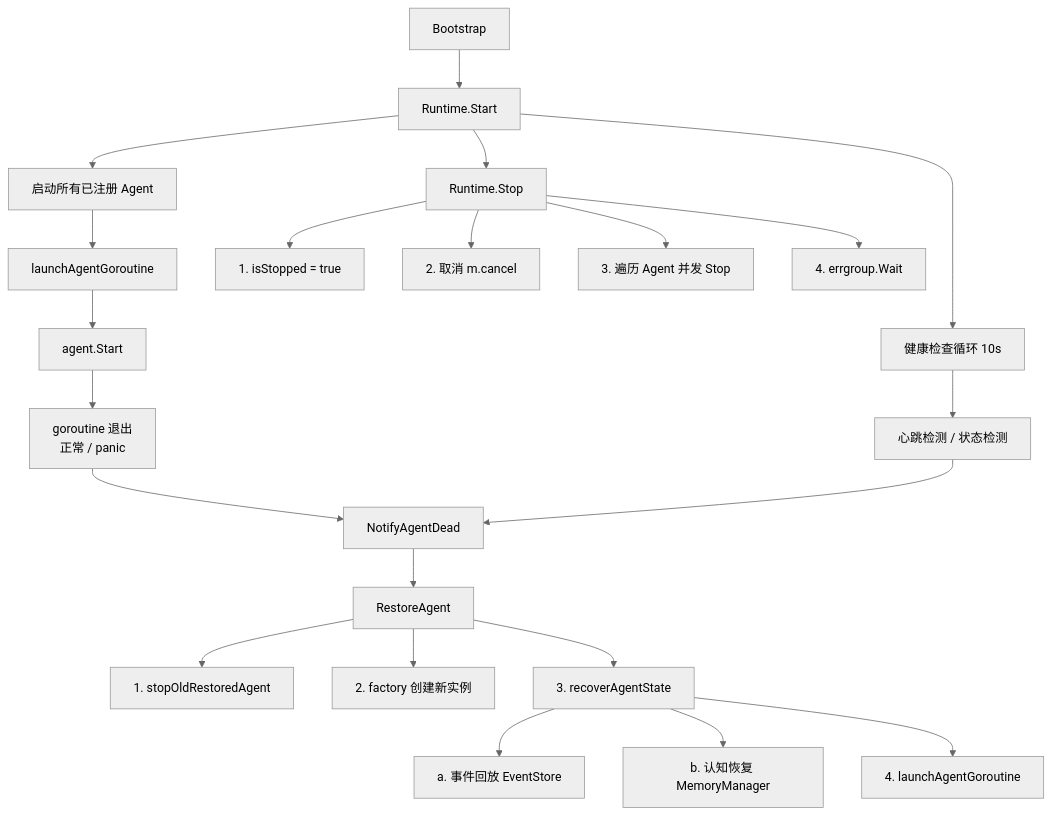
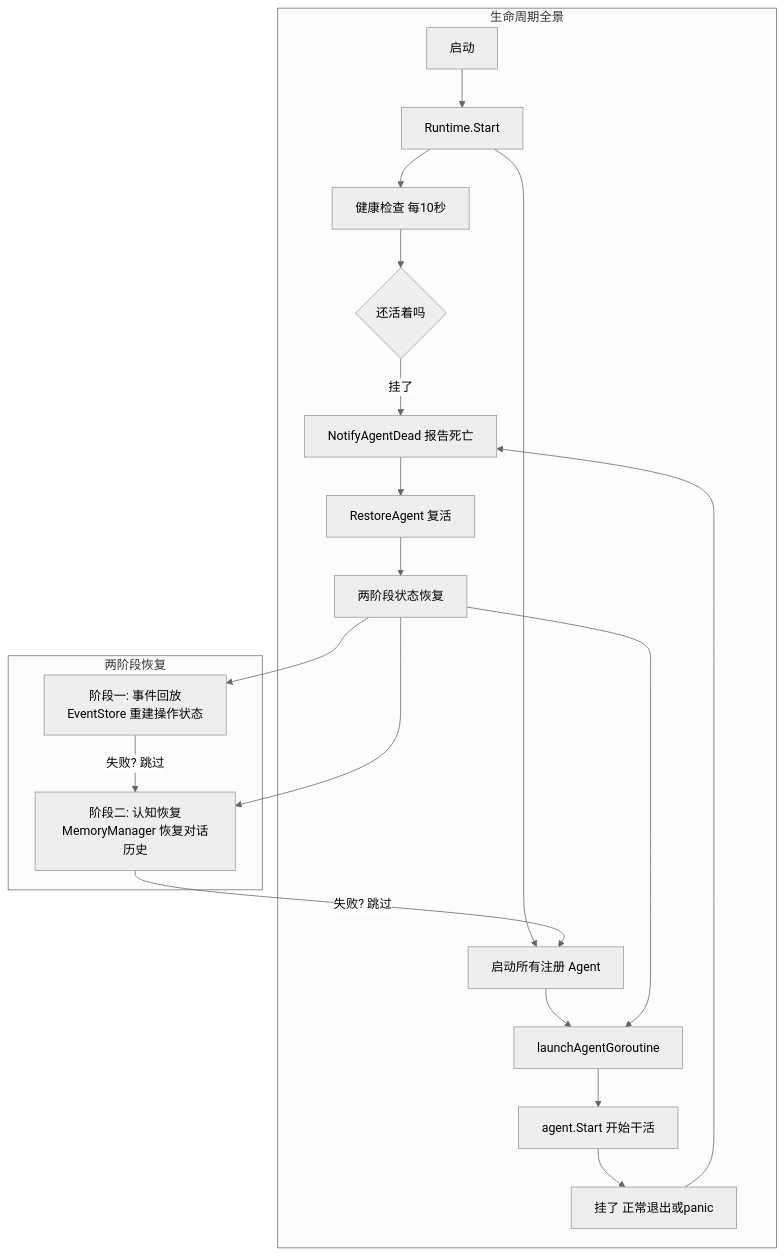
One commit to Timwood0x10/ARES changed the first of 7 diagrams in docs/articles/zh/runtime-lifecycle-deep-dive.md. Above: the diagram before and after it, drawn with Mermaid (neutral theme). The commit also changed other lines of this file and 31 other files, not shown here.

````diff
--- a/docs/articles/zh/runtime-lifecycle-deep-dive.md
+++ b/docs/articles/zh/runtime-lifecycle-deep-dive.md
@@ -150,24 +35,24 @@
 ```mermaid
 graph TB
-    B[Bootstrap] --> RS[Runtime.Start]
-    RS --> HC[健康检查循环 10s]
-    RS --> LAUNCH[启动所有已注册 Agent]
-    LAUNCH --> AG[launchAgentGoroutine]
-    AG --> AE[agent.Start]
-    AE --> GE[goroutine 退出<br/>正常 / panic]
-    GE --> NAD[NotifyAgentDead]
-    NAD --> RA[RestoreAgent]
-    RA --> S1[1. stopOldRestoredAgent]
-    RA --> S2[2. factory 创建新实例]
-    RA --> S3[3. recoverAgentState]
-    S3 --> S3A[a. 事件回放 EventStore]
-    S3 --> S3B[b. 认知恢复 MemoryManager]
-    S3 --> S4[4. launchAgentGoroutine]
-    HC --> HB[心跳检测 / 状态检测]
-    HB --> NAD
-    RS --> STOP[Runtime.Stop]
-    STOP --> M1[1. isStopped = true]
-    STOP --> M2[2. 取消 m.cancel]
-    STOP --> M3[3. 遍历 Agent 并发 Stop]
-    STOP --> M4[4. errgroup.Wait]
+    subgraph 生命周期全景
+        B[启动] --> RS[Runtime.Start]
+        RS --> HC[健康检查 每10秒]
+        RS --> LAUNCH[启动所有注册 Agent]
+        LAUNCH --> AG[launchAgentGoroutine]
+        AG --> AE[agent.Start 开始干活]
+        AE --> GE[挂了 正常退出或panic]
+        GE --> NAD[NotifyAgentDead 报告死亡]
+        NAD --> RA[RestoreAgent 复活]
+        RA --> S3[两阶段状态恢复]
+        S3 --> AG
+        HC --> HB{还活着吗}
+        HB -->|挂了| NAD
+    end
+
+    subgraph 两阶段恢复
+        S3 --> S3A[阶段一: 事件回放<br/>EventStore 重建操作状态]
+        S3 --> S3B[阶段二: 认知恢复<br/>MemoryManager 恢复对话历史]
+        S3A -->|失败? 跳过| S3B
+        S3B -->|失败? 跳过| LAUNCH
+    end
 ```
````
